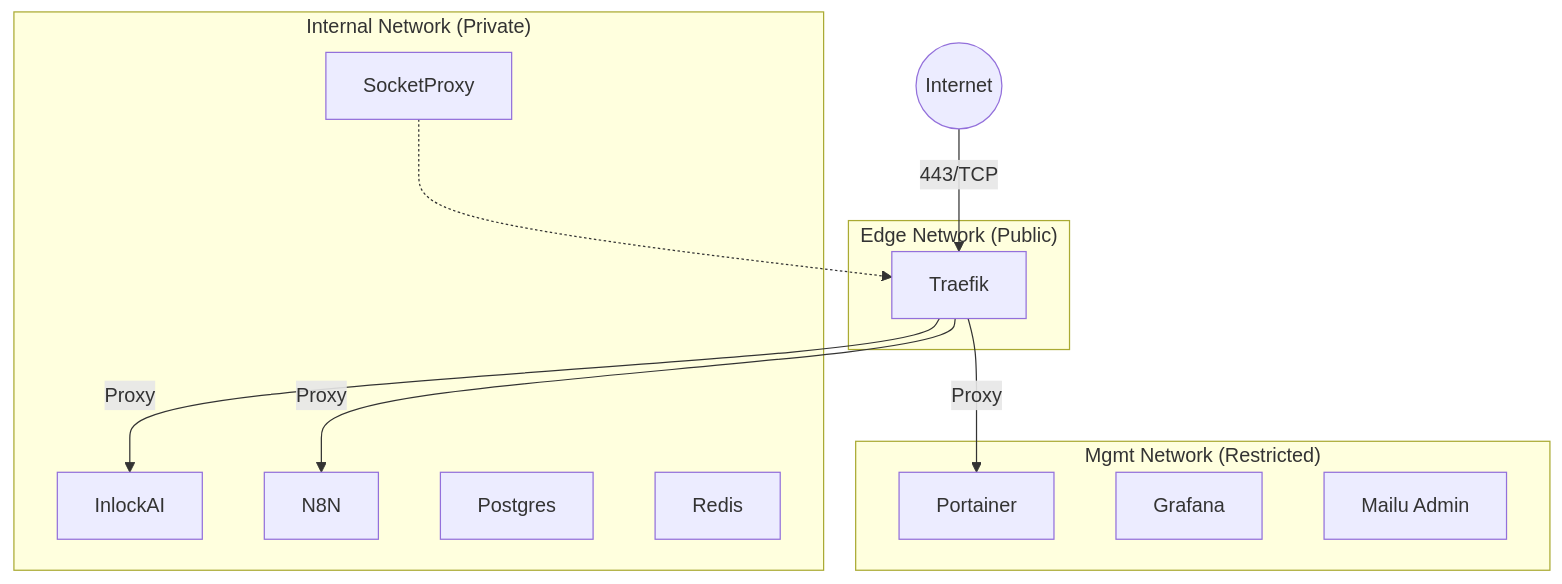
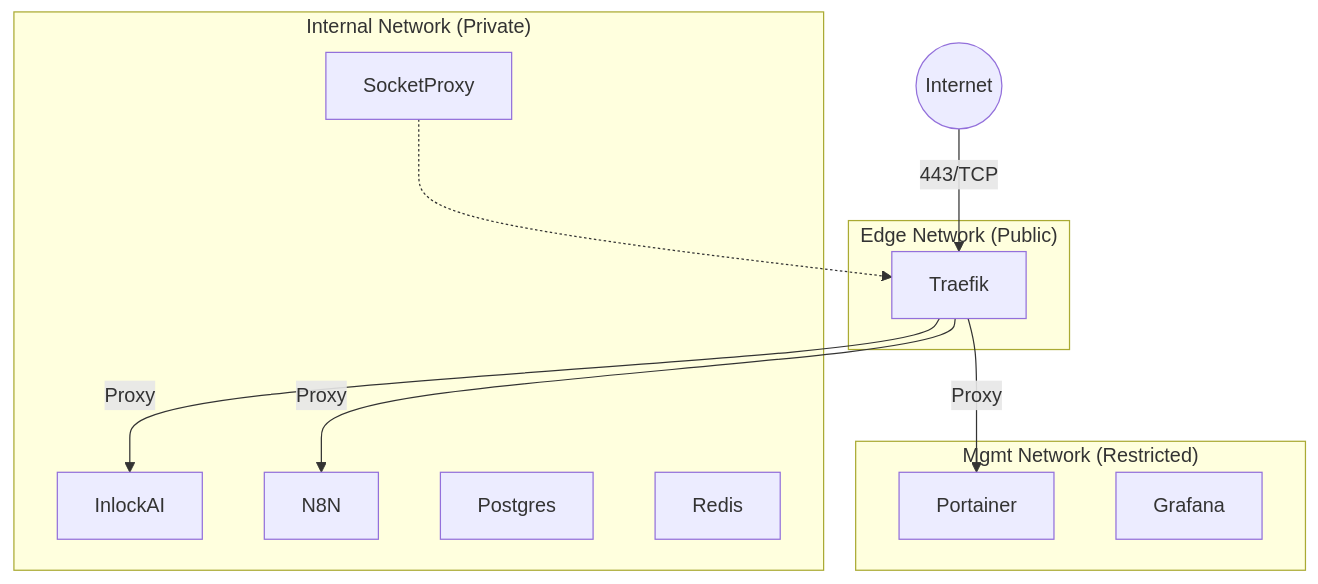
One commit to comzis/inlock-ai-mvp changed the diagram in docs/architecture/NETWORK-LAYOUT.md. Above: the diagram before and after it, drawn with Mermaid. The commit also changed other lines of this file and 107 other files, not shown here.

````diff
--- a/docs/architecture/NETWORK-LAYOUT.md
+++ b/docs/architecture/NETWORK-LAYOUT.md
@@ -12,28 +12,27 @@
 ```mermaid
 graph TD
     Internet((Internet)) -- 443/TCP --> Traefik
     
     subgraph "Edge Network (Public)"
         Traefik
     end
     
     subgraph "Mgmt Network (Restricted)"
         Portainer
         Grafana
-        MailuAdmin[Mailu Admin]
     end
     
     subgraph "Internal Network (Private)"
         InlockAI
         N8N
         Postgres
         Redis
         SocketProxy
     end
 
     Traefik -- Proxy --> Portainer
     Traefik -- Proxy --> InlockAI
     Traefik -- Proxy --> N8N
     
     SocketProxy -.-> Traefik
 ```
````
